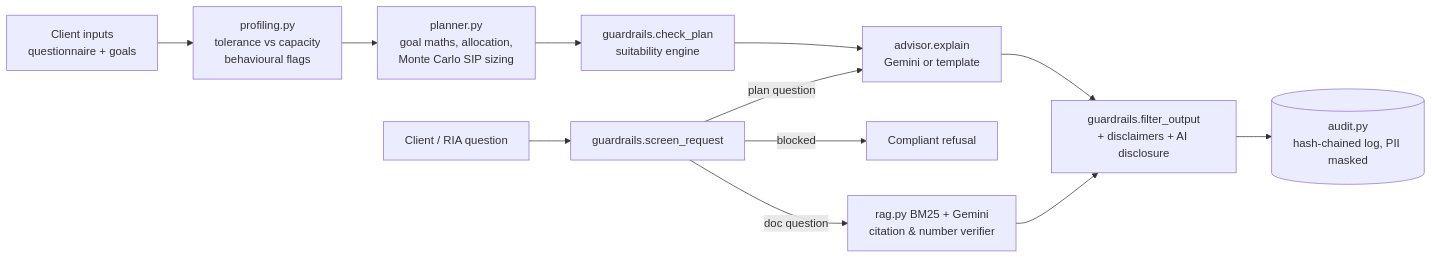
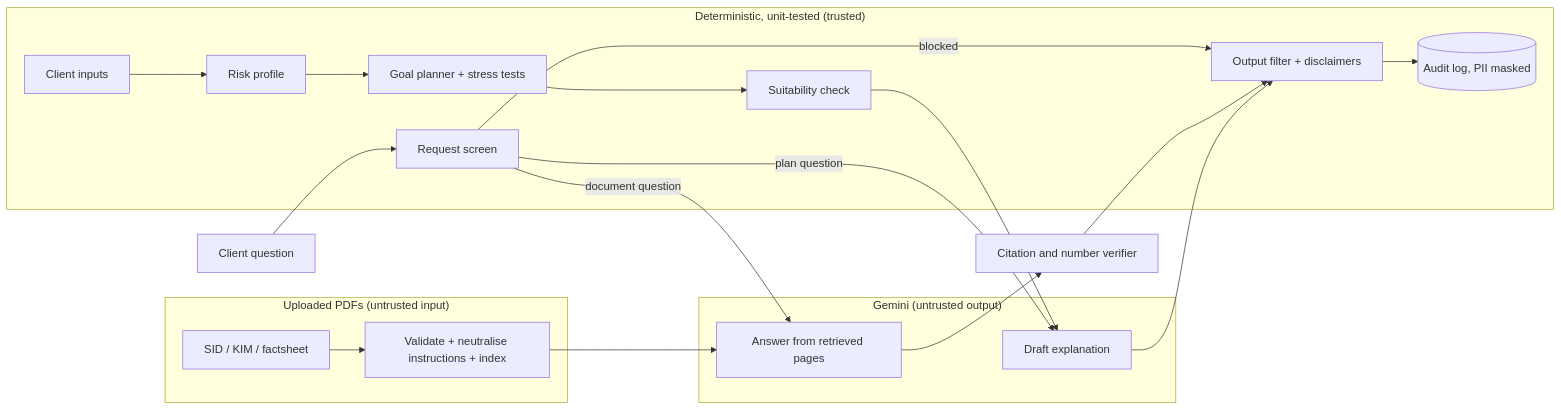
One commit to prakatheesh087/ria-copilot changed the diagram in README.md. Above: the diagram before and after it, drawn with Mermaid. The commit also changed other lines of this file and 7 other files, not shown here.

````diff
--- a/README.md
+++ b/README.md
@@ -41,14 +52,27 @@
 ```mermaid
 flowchart LR
-  A[Client inputs<br/>questionnaire + goals] --> B[profiling.py<br/>tolerance vs capacity<br/>behavioural flags]
-  B --> C[planner.py<br/>goal maths, allocation,<br/>Monte Carlo SIP sizing]
-  C --> D[guardrails.check_plan<br/>suitability engine]
-  D --> E[advisor.explain<br/>Gemini or template]
-  Q[Client / RIA question] --> S[guardrails.screen_request]
-  S -- blocked --> R[Compliant refusal]
-  S -- doc question --> G[rag.py BM25 + Gemini<br/>citation & number verifier]
+  subgraph Rules["Deterministic, unit-tested (trusted)"]
+    A[Client inputs] --> B[Risk profile]
+    B --> C[Goal planner + stress tests]
+    C --> D[Suitability check]
+    S[Request screen]
+    F[Output filter + disclaimers]
+    L[(Audit log, PII masked)]
+  end
+  subgraph LLM["Gemini (untrusted output)"]
+    E[Draft explanation]
+    G[Answer from retrieved pages]
+  end
+  subgraph Docs["Uploaded PDFs (untrusted input)"]
+    P[SID / KIM / factsheet] --> V[Validate + neutralise instructions + index]
+  end
+  D --> E
+  Q[Client question] --> S
+  S -- blocked --> F
   S -- plan question --> E
-  E --> F[guardrails.filter_output<br/>+ disclaimers + AI disclosure]
-  G --> F
-  F --> L[(audit.py<br/>hash-chained log, PII masked)]
+  S -- document question --> G
+  V --> G
+  G --> W[Citation and number verifier] --> F
+  E --> F
+  F --> L
 ```
````
